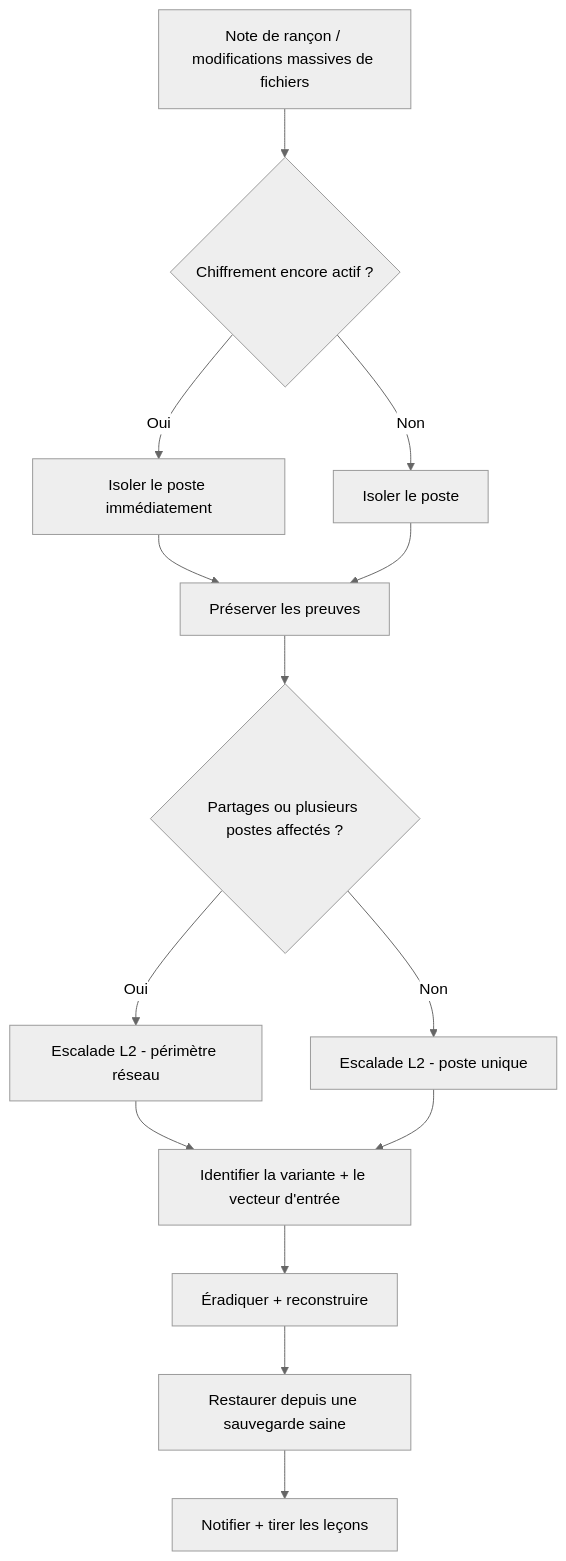
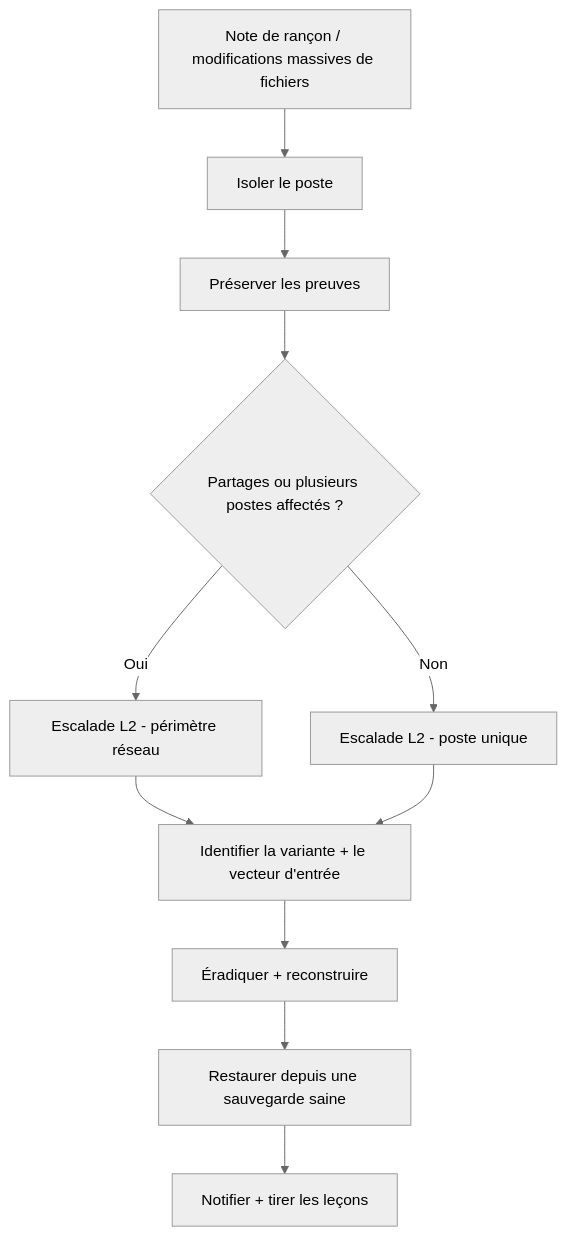
One commit to MiracleDvm/ir-firstline changed the diagram in docs/fr/runbooks/ransomware.md. Above: the diagram before and after it, drawn with Mermaid (neutral theme). The commit also changed other lines of this file and 10 other files, not shown here.

Commit message:
Fix README stale reference, simplify ransomware diagram, add OG tags, correct FR naming

````diff
--- a/docs/fr/runbooks/ransomware.md
+++ b/docs/fr/runbooks/ransomware.md
@@ -29,16 +29,13 @@
 ```mermaid
 flowchart TD
-    A[Note de rançon / modifications massives de fichiers] --> B{Chiffrement encore actif ?}
-    B -->|Oui| C[Isoler le poste immédiatement]
-    B -->|Non| D[Isoler le poste]
-    C --> E[Préserver les preuves]
-    D --> E
-    E --> F{Partages ou plusieurs postes affectés ?}
-    F -->|Oui| G[Escalade L2 - périmètre réseau]
-    F -->|Non| H[Escalade L2 - poste unique]
-    G --> I[Identifier la variante + le vecteur d'entrée]
-    H --> I
-    I --> J[Éradiquer + reconstruire]
-    J --> K[Restaurer depuis une sauvegarde saine]
-    K --> L[Notifier + tirer les leçons]
+    A[Note de rançon / modifications massives de fichiers] --> B[Isoler le poste]
+    B --> C[Préserver les preuves]
+    C --> D{Partages ou plusieurs postes affectés ?}
+    D -->|Oui| E[Escalade L2 - périmètre réseau]
+    D -->|Non| F[Escalade L2 - poste unique]
+    E --> G[Identifier la variante + le vecteur d'entrée]
+    F --> G
+    G --> H[Éradiquer + reconstruire]
+    H --> I[Restaurer depuis une sauvegarde saine]
+    I --> J[Notifier + tirer les leçons]
 ```
````
